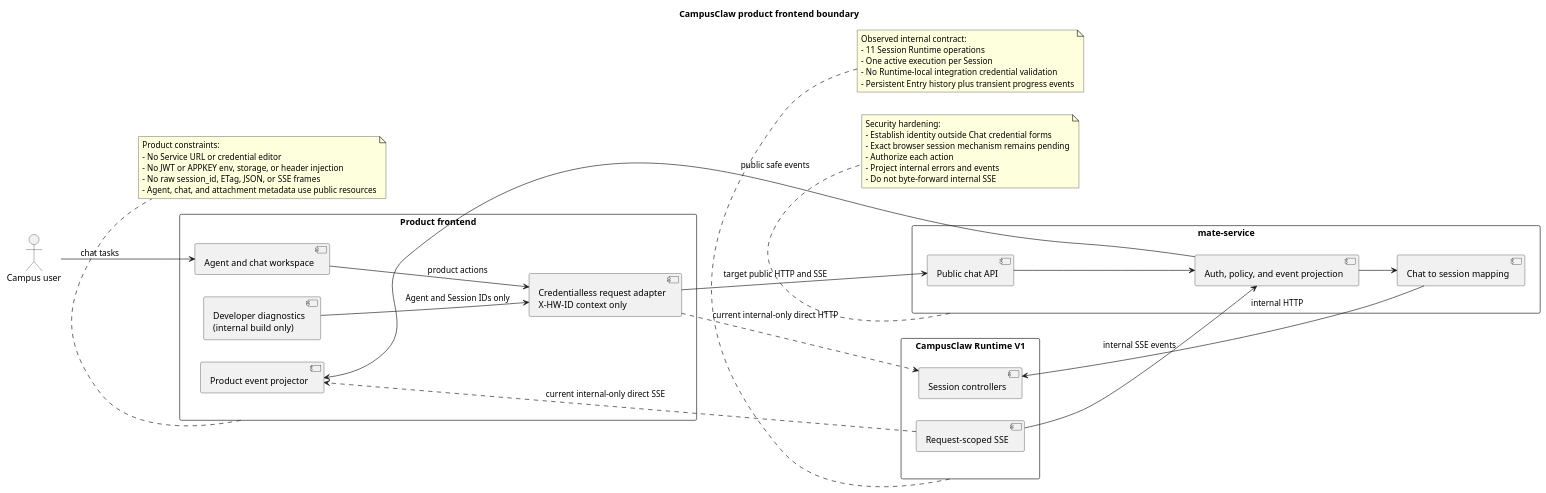
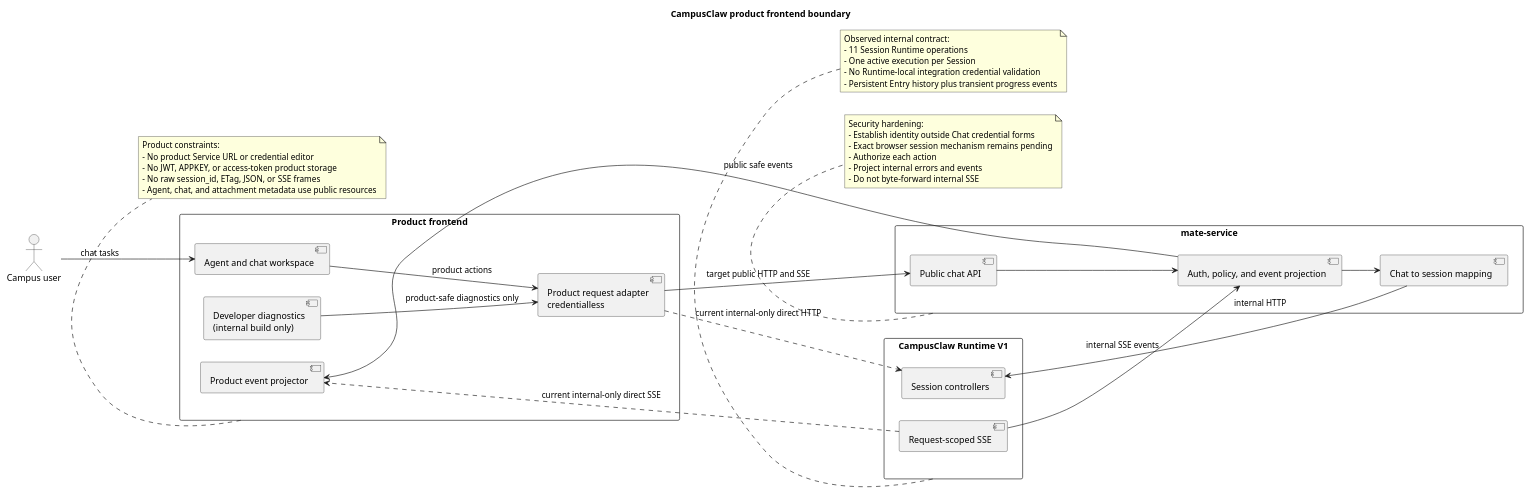
Before and after one commit to ssm0808/pi-mono-java-design: the first of 4 diagrams in 01-总体架构/04-CampusClaw前端体验/diagram.puml, drawn with PlantUML. The commit also changed other lines of this file and 9 other files, not shown here.

```diff
--- a/01-总体架构/04-CampusClaw前端体验/diagram.puml
+++ b/01-总体架构/04-CampusClaw前端体验/diagram.puml
@@ -1,71 +1,72 @@
 @startuml frontend_product_boundary
 ' Source baseline: pi-mono-java 320d790726a70aada6100052952d5494d2a378ac.
+' Reviewed implementation commit: pi-mono-java d03c08dbae870f19eee8d4fa79a707185f7a26b5 (Draft PR 181).
 ' Source evidence: frontend/README.md lines 26-28 and 40-58.
 ' Source evidence: frontend/.env.example lines 1-7.
 ' Source evidence: frontend/src/App.vue lines 177-290 and frontend/src/components/DevDiagnostics.vue lines 4-25.
 ' Source evidence: frontend/src/composables/useRuntimeApi.ts lines 18-20 and 480-495 (requestRaw).
 ' Source evidence: modules/coding-agent-cli/src/main/java/com/campusclaw/codingagent/runtimeapi/web/RuntimeSessionController.java.
 ' Source evidence: modules/coding-agent-cli/src/test/java/com/campusclaw/codingagent/runtimeapi/web/RuntimeSessionRoutesTest.java lines 102-120.
-' Observed behavior: the current browser client calls Runtime V1 directly, sends only non-secret X-HW-ID, and has no JWT or APPKEY editor, storage, or header injection path.
-' Target-only design: the product browser calls a public bridge; the exact browser login and session mechanism is pending API review.
-' Design reason: the lack of credential support is not production authentication; the public bridge owns identity, authorization, public resources, and safe event projection.
+' Observed behavior: the current browser client calls Runtime V1 directly, sends only non-secret X-HW-ID, and has no JWT, APPKEY, or access-token editor, storage, or header injection path.
+' Target-only design: the product browser calls a public bridge; an isolated internal development build may provide event-only debug headers.
+' Design reason: diagnostic header transport is not production authentication; the public bridge owns identity, authorization, public resources, and safe event projection.
 
 title CampusClaw product frontend boundary
 left to right direction
 
 actor "Campus user" as User
 rectangle "Product frontend" as Frontend {
   component "Agent and chat workspace" as Workspace
-  component "Credentialless request adapter\nX-HW-ID context only" as RequestAdapter
+  component "Product request adapter\ncredentialless" as RequestAdapter
   component "Product event projector" as Projector
   component "Developer diagnostics\n(internal build only)" as Diagnostics
 }
 
 rectangle "mate-service" as Mate {
   component "Public chat API" as PublicApi
   component "Chat to session mapping" as Mapping
   component "Auth, policy, and event projection" as Policy
 }
 
 rectangle "CampusClaw Runtime V1" as Runtime {
   component "Session controllers" as Sessions
   component "Request-scoped SSE" as Stream
 }
 
 User --> Workspace : chat tasks
 Workspace --> RequestAdapter : product actions
 RequestAdapter --> PublicApi : target public HTTP and SSE
 PublicApi --> Policy
 Policy --> Mapping
 Mapping --> Sessions : internal HTTP
 Stream --> Policy : internal SSE events
 Policy --> Projector : public safe events
 RequestAdapter ..> Sessions : current internal-only direct HTTP
 Stream ..> Projector : current internal-only direct SSE
-Diagnostics --> RequestAdapter : Agent and Session IDs only
+Diagnostics --> RequestAdapter : product-safe diagnostics only
 
 note bottom of Frontend
 Product constraints:
-- No Service URL or credential editor
-- No JWT or APPKEY env, storage, or header injection
+- No product Service URL or credential editor
+- No JWT, APPKEY, or access-token product storage
 - No raw session_id, ETag, JSON, or SSE frames
 - Agent, chat, and attachment metadata use public resources
 end note
 
 note bottom of Mate
 Security hardening:
 - Establish identity outside Chat credential forms
 - Exact browser session mechanism remains pending
 - Authorize each action
 - Project internal errors and events
 - Do not byte-forward internal SSE
 end note
 
 note bottom of Runtime
 Observed internal contract:
 - 11 Session Runtime operations
 - One active execution per Session
 - No Runtime-local integration credential validation
 - Persistent Entry history plus transient progress events
 end note
 @enduml
```
